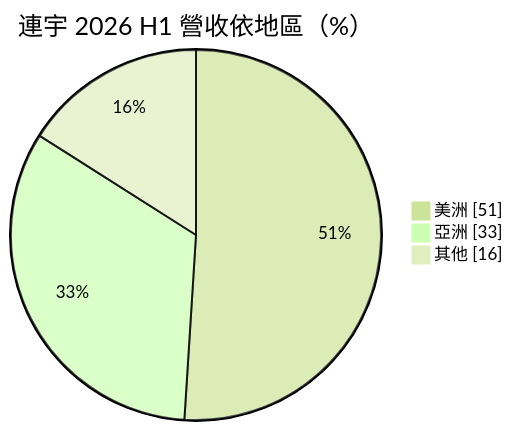
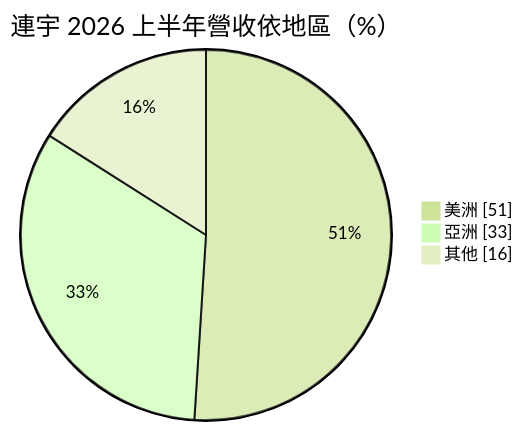
The first of 2 diagrams in 個股/台股/2482連宇.md (wangnick1004/taiwan-stock-vault), drawn with Mermaid (forest theme) before and after one commit. The commit also changed other lines of this file and 1 other file, not shown here.

````diff
--- a/個股/台股/2482連宇.md
+++ b/個股/台股/2482連宇.md
@@ -46,7 +46,7 @@
 ```mermaid
 pie showData
-    title 連宇 2026 H1 營收依地區（%）
+    title 連宇 2026 上半年營收依地區（%）
     "美洲" : 51
     "亞洲" : 33
     "其他" : 16
 ```
````
